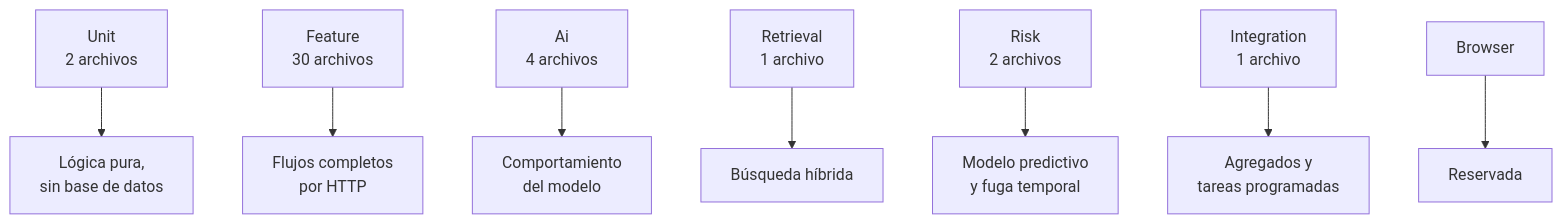
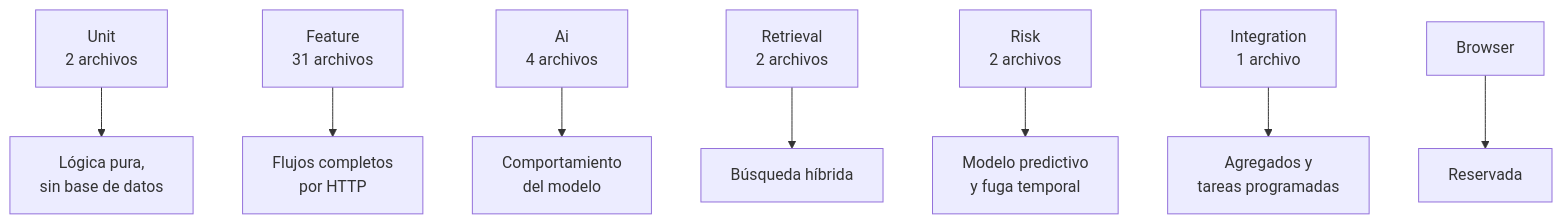
One commit to 75220834-cloud/PROYECTO-TALLER-DE-INV.-1 changed the first of 2 diagrams in docs/tecnica/12-pruebas-y-calidad.md. Above: the diagram before and after it, drawn with Mermaid. The commit also changed other lines of this file and 22 other files, not shown here.

````diff
--- a/docs/tecnica/12-pruebas-y-calidad.md
+++ b/docs/tecnica/12-pruebas-y-calidad.md
@@ -24,10 +24,10 @@
 ```mermaid
 graph TB
     U["Unit<br/>2 archivos"] --> D["Lógica pura,<br/>sin base de datos"]
-    F["Feature<br/>30 archivos"] --> E["Flujos completos<br/>por HTTP"]
+    F["Feature<br/>31 archivos"] --> E["Flujos completos<br/>por HTTP"]
     A["Ai<br/>4 archivos"] --> G["Comportamiento<br/>del modelo"]
-    R["Retrieval<br/>1 archivo"] --> H["Búsqueda híbrida"]
+    R["Retrieval<br/>2 archivos"] --> H["Búsqueda híbrida"]
     RI["Risk<br/>2 archivos"] --> I["Modelo predictivo<br/>y fuga temporal"]
     IN["Integration<br/>1 archivo"] --> J["Agregados y<br/>tareas programadas"]
     B["Browser"] --> K["Reservada"]
 ```
````
